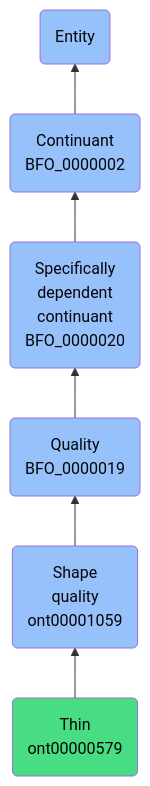
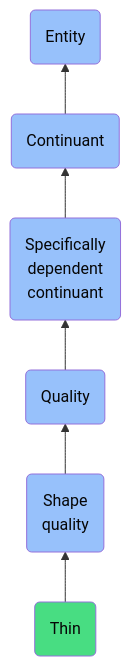
Before and after one commit to jupyter-naas/abi: the diagram in docs/ontology/reference/model/Entity/Continuant/Specifically dependent continuant/Quality/Shape quality/Thin/Thin.md, drawn with Mermaid. The commit also changed other lines of this file and 1430 other files, not shown here.

````diff
--- a/docs/ontology/reference/model/Entity/Continuant/Specifically dependent continuant/Quality/Shape quality/Thin/Thin.md
+++ b/docs/ontology/reference/model/Entity/Continuant/Specifically dependent continuant/Quality/Shape quality/Thin/Thin.md
@@ -25,13 +25,13 @@
 ```mermaid
 graph BT
-    ont00000579(Thin<br>ont00000579):::ABI-->ont00001059
-    ont00001059(Shape<br>quality<br>ont00001059):::BFO-->BFO_0000019
-    BFO_0000019(Quality<br>BFO_0000019):::BFO-->BFO_0000020
-    BFO_0000020(Specifically<br>dependent<br>continuant<br>BFO_0000020):::BFO-->BFO_0000002
-    BFO_0000002(Continuant<br>BFO_0000002):::BFO-->BFO_0000001
+    ont00000579(Thin):::ABI-->ont00001059
+    ont00001059(Shape<br>quality):::BFO-->BFO_0000019
+    BFO_0000019(Quality):::BFO-->BFO_0000020
+    BFO_0000020(Specifically<br>dependent<br>continuant):::BFO-->BFO_0000002
+    BFO_0000002(Continuant):::BFO-->BFO_0000001
     BFO_0000001(Entity):::BFO
     
     classDef BFO fill:#97c1fb,color:#060606
     classDef CCO fill:#e4c51e,color:#060606
     classDef ABI fill:#48DD82,color:#060606
 ```
````
